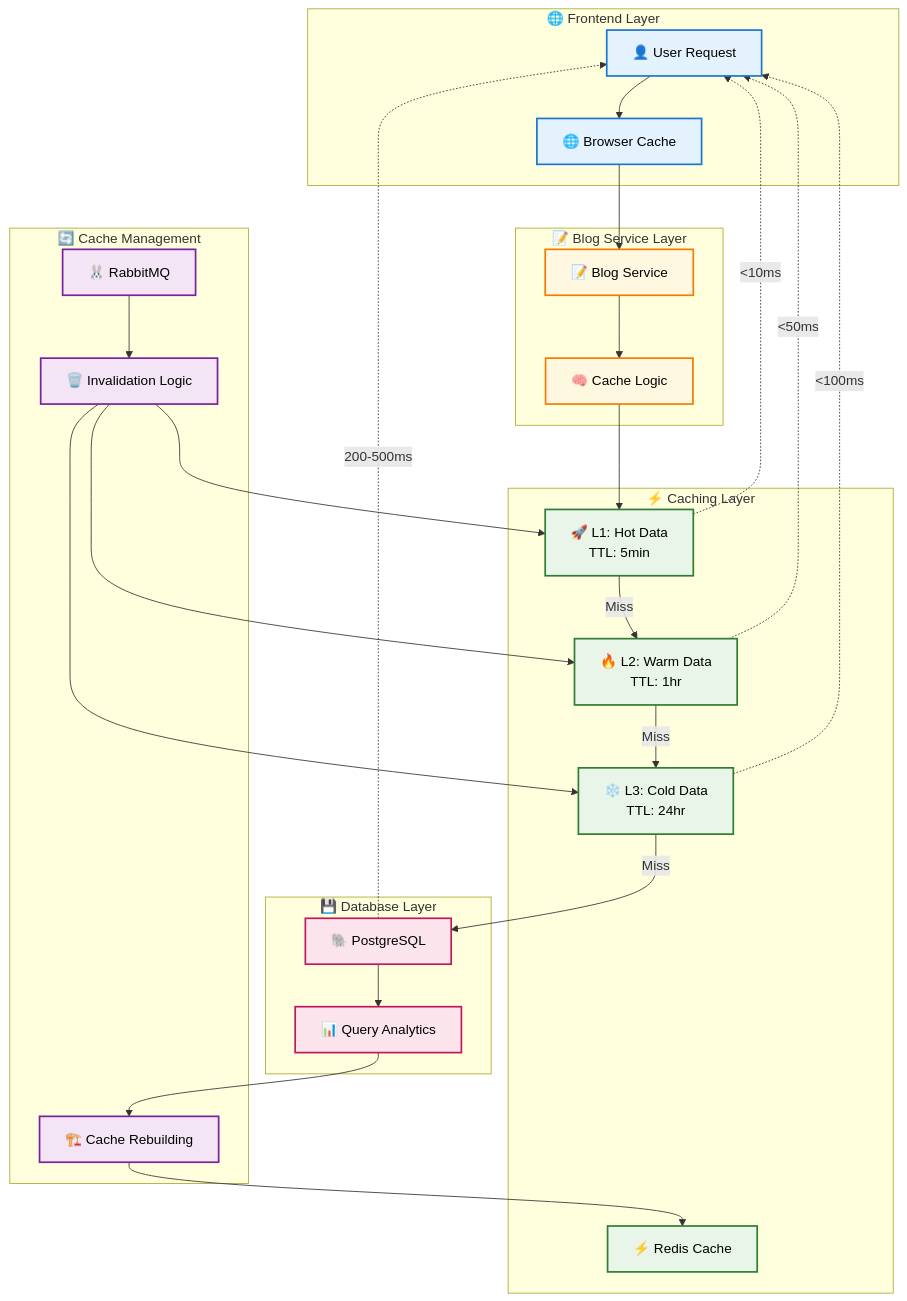
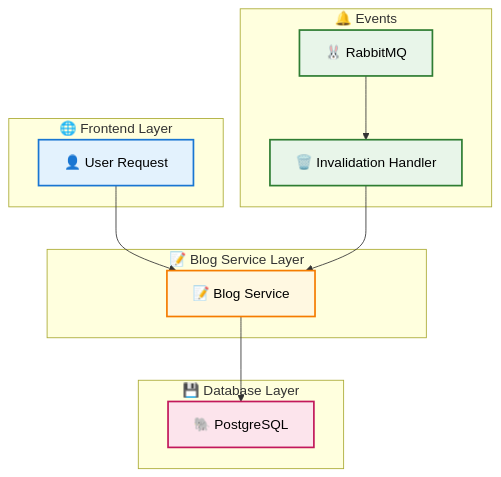
The second of 2 diagrams in README.md (sajjad6ansari/Blog-App-Microservices-frontend), drawn with Mermaid before and after one commit. The commit also changed other lines of this file, not shown here.

Commit message:
Enhance README with architecture and event flow diagrams
Updated system architecture and event-driven update flow diagrams in README.

````diff
--- a/README.md
+++ b/README.md
@@ -116,72 +169,38 @@
 ```mermaid
 graph TD
-    subgraph "🌐 Frontend Layer"
-        USER[👤 User Request]
-        BROWSER[🌐 Browser Cache]
-    end
-    
-    subgraph "📝 Blog Service Layer"
-        BS[📝 Blog Service]
-        LOGIC[🧠 Cache Logic]
-    end
-    
-    subgraph "⚡ Caching Layer"
-        REDIS[⚡ Redis Cache]
-        L1[🚀 L1: Hot Data<br/>TTL: 5min]
-        L2[🔥 L2: Warm Data<br/>TTL: 1hr]
-        L3[❄️ L3: Cold Data<br/>TTL: 24hr]
-    end
-    
-    subgraph "💾 Database Layer"
-        DB[🐘 PostgreSQL]
-        ANALYTICS[📊 Query Analytics]
-    end
-    
-    subgraph "🔄 Cache Management"
-        MQ[🐰 RabbitMQ]
-        INVALID[🗑️ Invalidation Logic]
-        PREBUILD[🏗️ Cache Rebuilding]
-    end
-    
-    %% User flow
-    USER --> BROWSER
-    BROWSER --> BS
-    BS --> LOGIC
-    
-    %% Cache hierarchy
-    LOGIC --> L1
-    L1 -->|Miss| L2
-    L2 -->|Miss| L3
-    L3 -->|Miss| DB
-    
-    %% Cache management
-    DB --> ANALYTICS
-    ANALYTICS --> PREBUILD
-    PREBUILD --> REDIS
-    
-    %% Invalidation flow
-    MQ --> INVALID
-    INVALID --> L1
-    INVALID --> L2
-    INVALID --> L3
-    
-    %% Performance metrics
-    L1 -.->|<10ms| USER
-    L2 -.->|<50ms| USER
-    L3 -.->|<100ms| USER
-    DB -.->|200-500ms| USER
-    
-    %% Styling with improved contrast
-    classDef frontend fill:#e3f2fd,stroke:#1976d2,stroke-width:2px,color:#000
-    classDef service fill:#fff8e1,stroke:#f57c00,stroke-width:2px,color:#000
-    classDef cache fill:#e8f5e8,stroke:#2e7d32,stroke-width:2px,color:#000
-    classDef database fill:#fce4ec,stroke:#c2185b,stroke-width:2px,color:#000
-    classDef management fill:#f3e5f5,stroke:#7b1fa2,stroke-width:2px,color:#000
-    classDef performance fill:#ffebee,stroke:#d32f2f,stroke-width:1px,stroke-dasharray: 5 5,color:#000
-    
-    class USER,BROWSER frontend
-    class BS,LOGIC service
-    class REDIS,L1,L2,L3 cache
-    class DB,ANALYTICS database
-    class MQ,INVALID,PREBUILD management
+  subgraph "🌐 Frontend Layer"
+    USER[👤 User Request]
+  end
+
+  subgraph "📝 Blog Service Layer"
+    BS[📝 Blog Service]
+  end
+
+  subgraph "💾 Database Layer"
+    DB[🐘 PostgreSQL]
+  end
+
+  subgraph "🔔 Events"
+    MQ[🐰 RabbitMQ]
+    INVALID[🗑️ Invalidation Handler]
+  end
+
+  %% Request flow
+  USER --> BS
+  BS --> DB
+
+  %% Event-driven updates (simplified)
+  MQ --> INVALID
+  INVALID --> BS
+
+  %% Styling
+  classDef frontend fill:#e3f2fd,stroke:#1976d2,stroke-width:2px,color:#000
+  classDef service fill:#fff8e1,stroke:#f57c00,stroke-width:2px,color:#000
+  classDef database fill:#fce4ec,stroke:#c2185b,stroke-width:2px,color:#000
+  classDef events fill:#e8f5e9,stroke:#2e7d32,stroke-width:2px,color:#000
+
+  class USER frontend
+  class BS service
+  class DB database
+  class MQ,INVALID events
 ```
````
